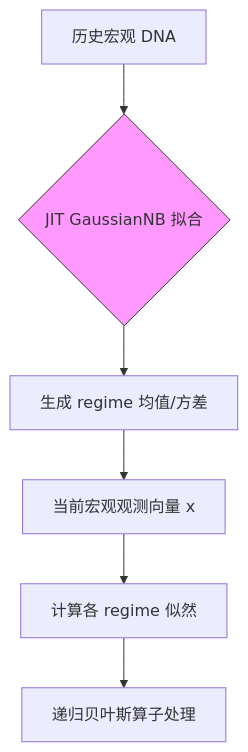
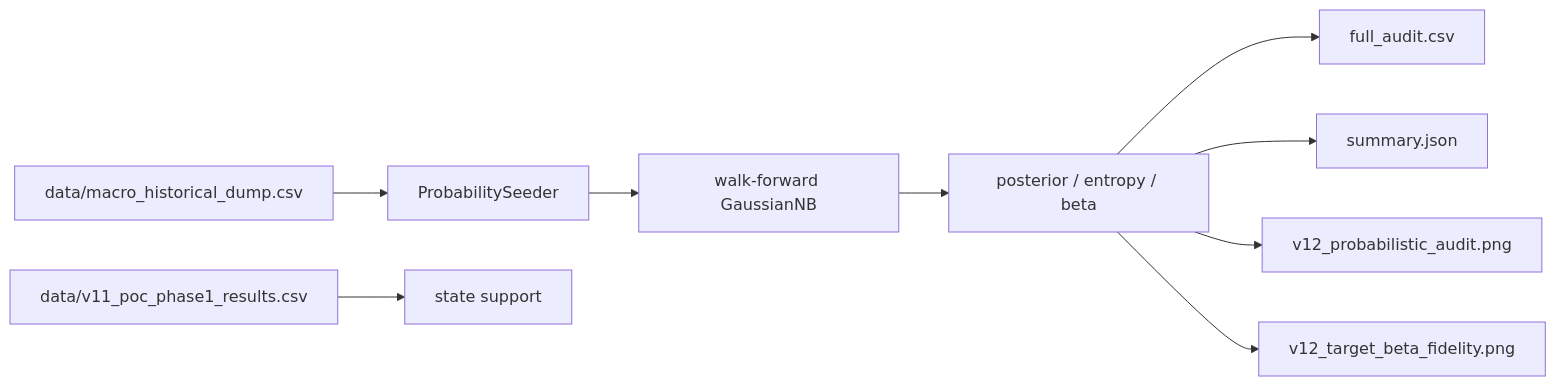
The eighth of 10 diagrams in docs/V11_5_USER_PHILOSOPHY.md (yutaofr/qqq-buyer-monitor), drawn with Mermaid before and after one commit. The commit also changed other lines of this file and 1 other file, not shown here.

````diff
--- a/docs/V11_5_USER_PHILOSOPHY.md
+++ b/docs/V11_5_USER_PHILOSOPHY.md
@@ -404,9 +448,11 @@
 ```mermaid
-graph TD
-    A[历史宏观 DNA] --> B{JIT GaussianNB 拟合}
-    B --> C[生成 regime 均值/方差]
-    C --> D[当前宏观观测向量 x]
-    D --> E[计算各 regime 似然]
-    E --> F[递归贝叶斯算子处理]
-    style B fill:#f9f,stroke:#333
+flowchart LR
+    A[data/macro_historical_dump.csv] --> B[ProbabilitySeeder]
+    C[data/v11_poc_phase1_results.csv] --> D[state support]
+    B --> E[walk-forward GaussianNB]
+    E --> F[posterior / entropy / beta]
+    F --> G[full_audit.csv]
+    F --> H[summary.json]
+    F --> I[v12_probabilistic_audit.png]
+    F --> J[v12_target_beta_fidelity.png]
 ```
````
